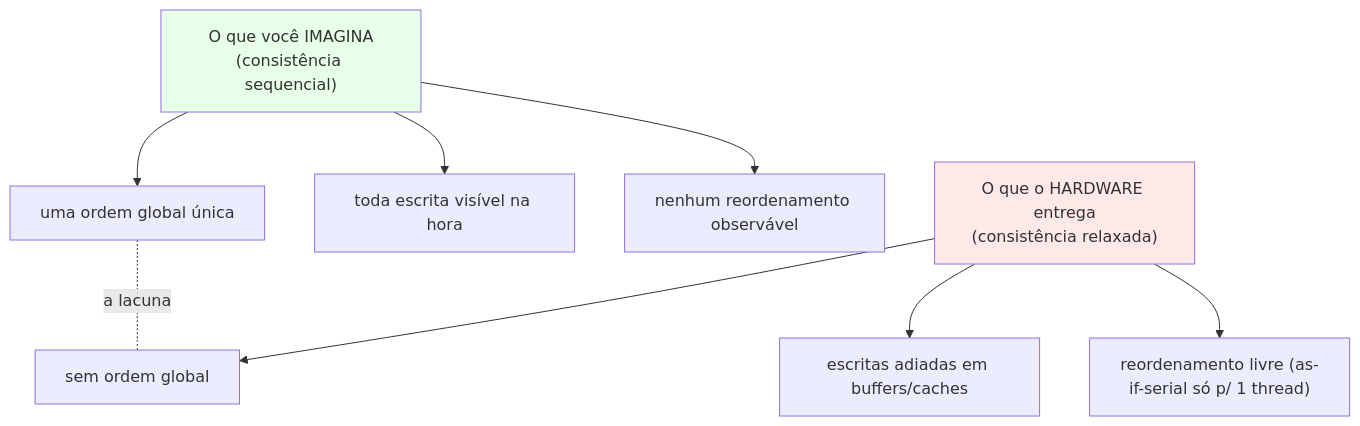
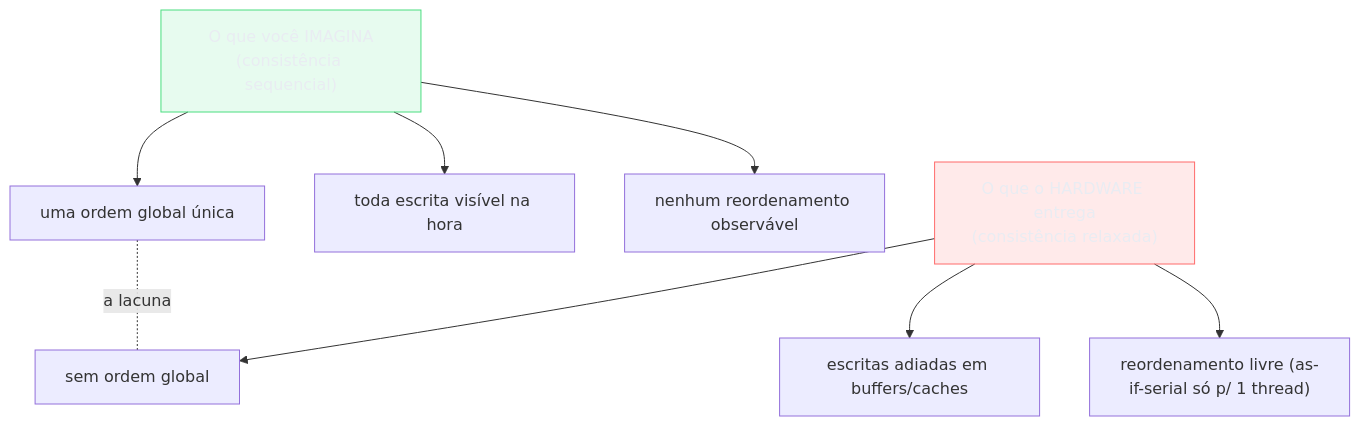
One commit to josenaldo/codex-technomanticus changed the fifth of 8 diagrams in 03-Dominios/Ciência/Concorrência e Paralelismo/04 - Atomicidade, visibilidade e ordenação.md. Above: the diagram before and after it, drawn with Mermaid. The commit also changed other lines of this file and 1181 other files, not shown here.

First line of the commit message:
fix(diagramas): paleta do sistema no lugar de cor cravada no markdown

````diff
--- a/03-Dominios/Ciência/Concorrência e Paralelismo/04 - Atomicidade, visibilidade e ordenação.md
+++ b/03-Dominios/Ciência/Concorrência e Paralelismo/04 - Atomicidade, visibilidade e ordenação.md
@@ -175,12 +183,14 @@
 ```mermaid
 flowchart TD
+    classDef ok fill:#4ADE8021,stroke:#4ADE80,color:#E9ECF2
+    classDef falha fill:#FF6B6B24,stroke:#FF6B6B,color:#E9ECF2
     I["O que você IMAGINA<br/>(consistência sequencial)"] --> I1["uma ordem global única"]
     I --> I2["toda escrita visível na hora"]
     I --> I3["nenhum reordenamento observável"]
     H["O que o HARDWARE entrega<br/>(consistência relaxada)"] --> H1["sem ordem global"]
     H --> H2["escritas adiadas em buffers/caches"]
     H --> H3["reordenamento livre (as-if-serial só p/ 1 thread)"]
     I1 -. "a lacuna" .- H1
-    style I fill:#e8ffe8
-    style H fill:#ffe8e8
+    class I ok
+    class H falha
 ```
````
